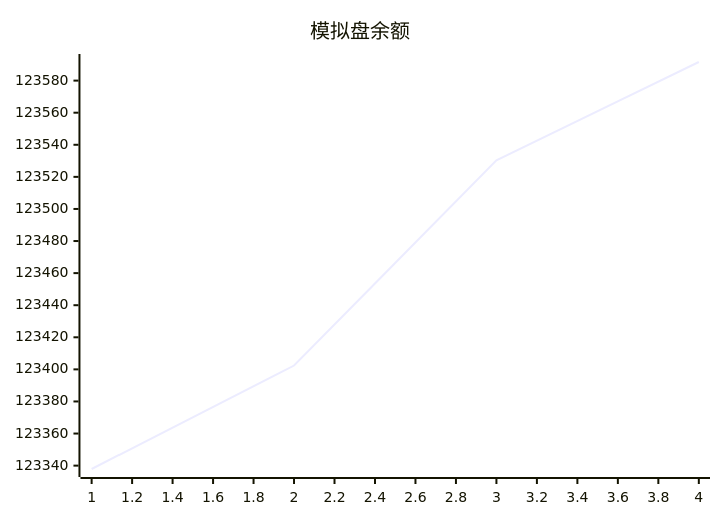
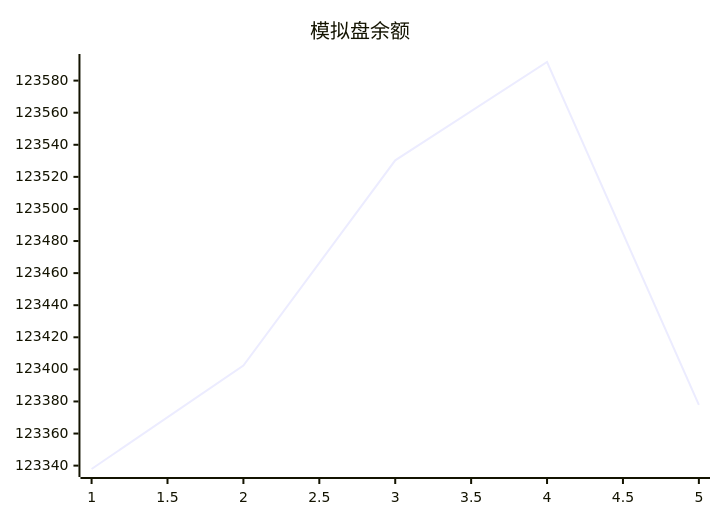
Before and after one commit to aahl/mcp-aktools: the diagram in trading/README.md, drawn with Mermaid. The commit also changed 1 other file, not shown here.

Commit message:
📈 AkTools MCP Server

````diff
--- a/trading/README.md
+++ b/trading/README.md
@@ -3,5 +3,5 @@
 ```mermaid
 xychart
     title "模拟盘余额"
-    line [123337.9,123402.4,123530.3,123591.6]
+    line [123337.9,123402.4,123530.3,123591.6,123377.9]
 ```
````
